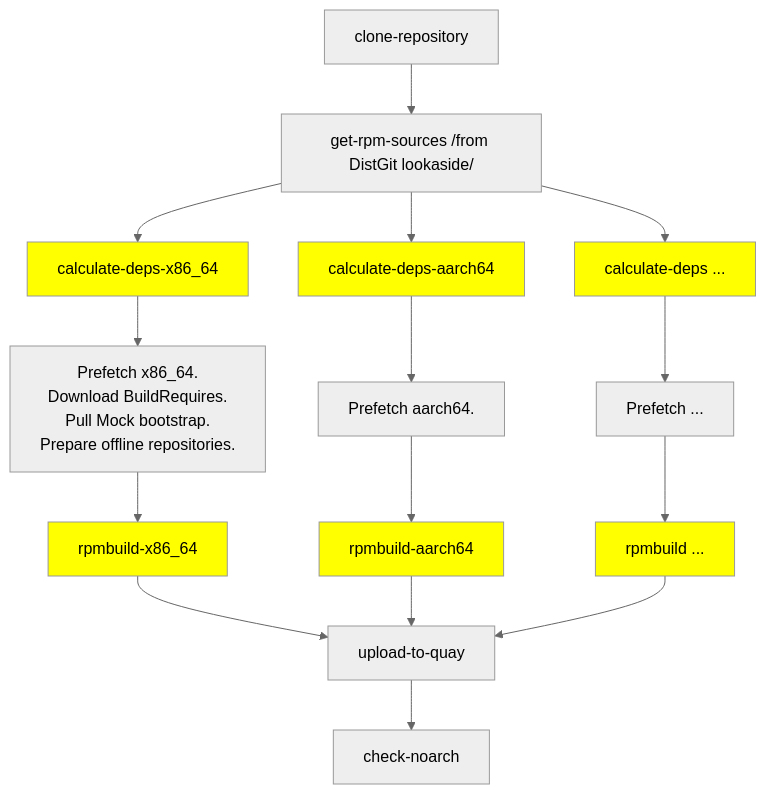
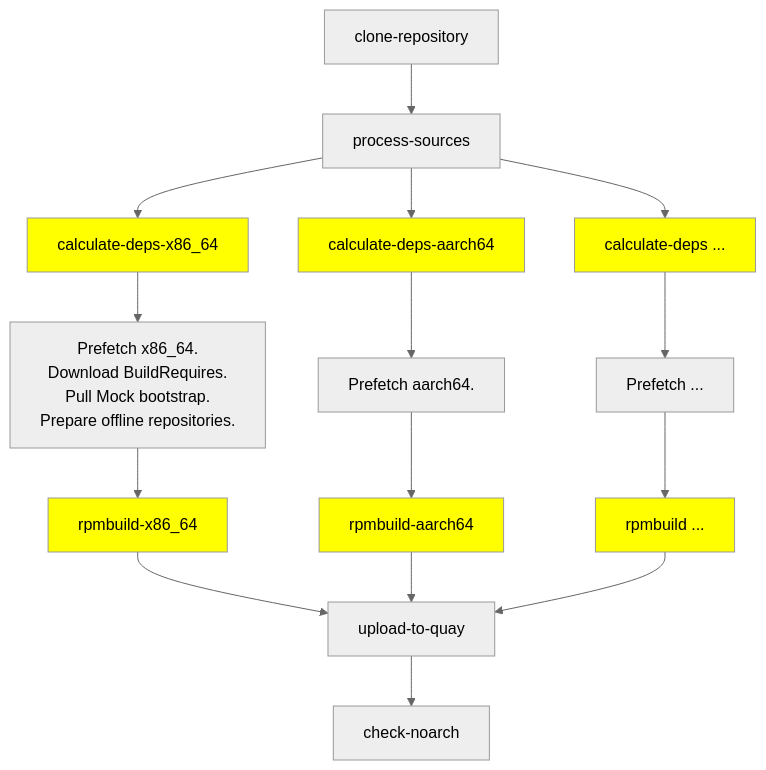
One commit to nmirasch/rpmbuild-pipeline changed the diagram in docs/architecture.md. Above: the diagram before and after it, drawn with Mermaid (neutral theme). The commit also changed other lines of this file and 4 other files, not shown here.

````diff
--- a/docs/architecture.md
+++ b/docs/architecture.md
@@ -22,29 +22,29 @@
 ```mermaid
 graph TD
 
-  clone_repository[clone-repository] --> get_sources[get-rpm-sources /from DistGit lookaside/]
+  clone_repository[clone-repository] --> get_sources[process-sources]
 
   get_sources --> nosrpm_a[calculate-deps-x86_64]:::ARCH
   get_sources --> nosrpm_b[calculate-deps-aarch64]:::ARCH
   get_sources --> nosrpm_c[calculate-deps ...]:::ARCH
 
   nosrpm_a --> prefetch_a[Prefetch x86_64.
     Download BuildRequires.
     Pull Mock bootstrap.
     Prepare offline repositories.]
   prefetch_a --> build_a[rpmbuild-x86_64]:::ARCH
 
   nosrpm_b --> prefetch_b[Prefetch aarch64.]
   prefetch_b --> build_b[rpmbuild-aarch64]:::ARCH
 
   nosrpm_c --> prefetch_c[Prefetch ...]
   prefetch_c --> build_c[rpmbuild ...]:::ARCH
 
   build_a --> Upload[upload-to-quay]
   build_b --> Upload
   build_c --> Upload
 
   Upload --> check_noarch[check-noarch]
 
   classDef ARCH fill:yellow
 ```
````
